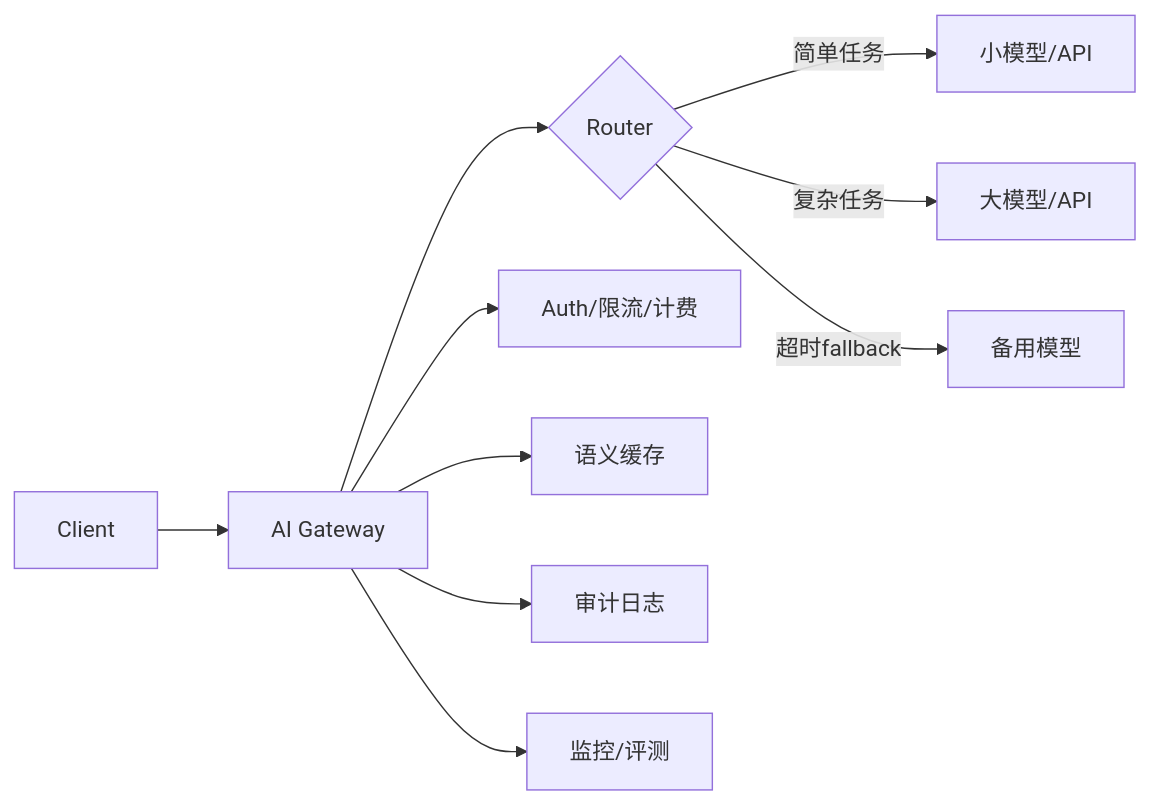
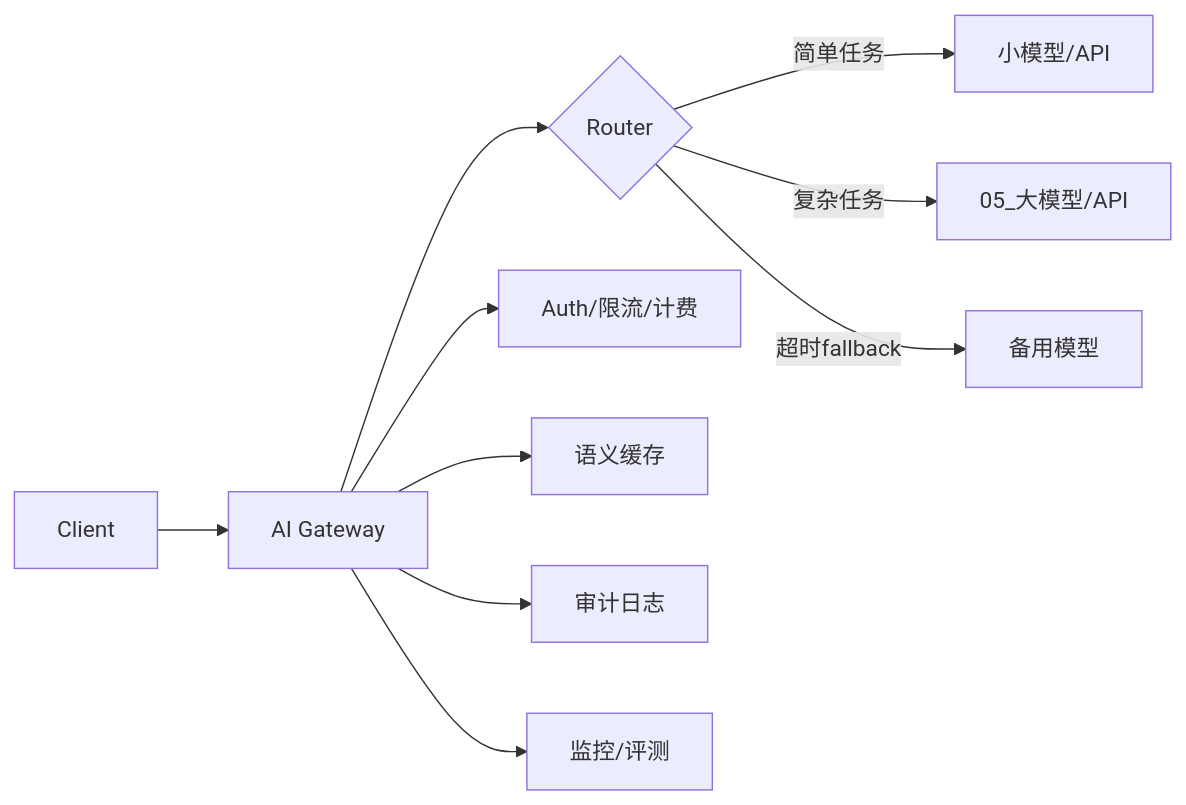
Before and after one commit to CloudManHQ/CloudMaster: the second of 4 diagrams in 21_面试岗位/AI_Solutions_Architect/interview_answers.md, drawn with Mermaid. The commit also changed other lines of this file and 2204 other files, not shown here.

````diff
--- a/21_面试岗位/AI_Solutions_Architect/interview_answers.md
+++ b/21_面试岗位/AI_Solutions_Architect/interview_answers.md
@@ -82,12 +82,12 @@
 ```mermaid
 flowchart LR
     C[Client] --> GW[AI Gateway]
     GW --> R{Router}
     R -->|简单任务| M1[小模型/API]
-    R -->|复杂任务| M2[大模型/API]
+    R -->|复杂任务| M2[05_大模型/API]
     R -->|超时fallback| M3[备用模型]
     GW --> AC[Auth/限流/计费]
     GW --> CA[语义缓存]
     GW --> LO[审计日志]
     GW --> MO[监控/评测]
 ```
````
